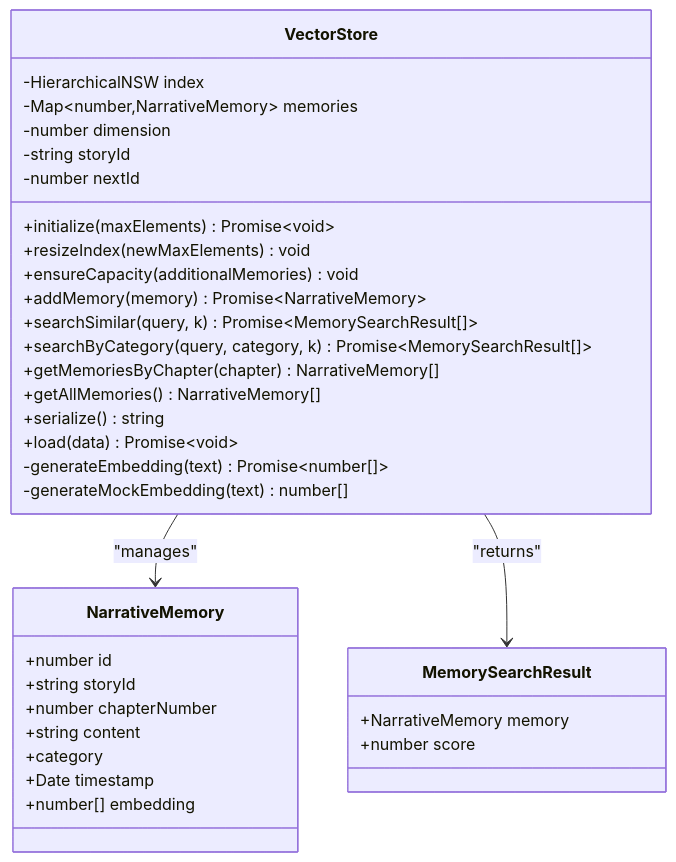
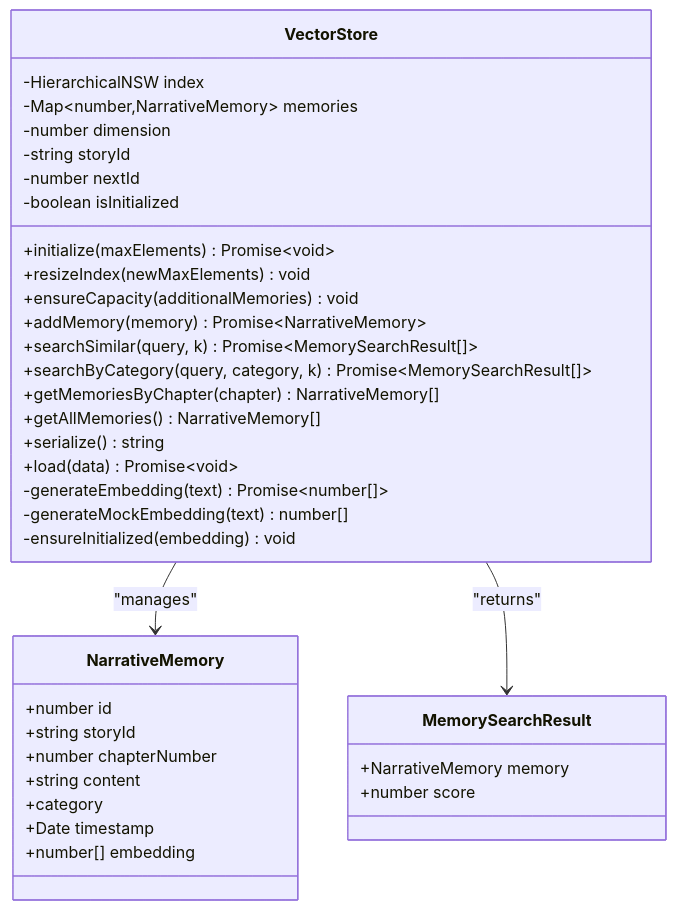
Before and after one commit to liwonder/NARRITIVE_OS: the second of 11 diagrams in .qoder/repowiki/en/content/Memory Management System/Vector Memory System.md, drawn with Mermaid. The commit also changed other lines of this file and 14 other files, not shown here.

````diff
--- a/.qoder/repowiki/en/content/Memory Management System/Vector Memory System.md
+++ b/.qoder/repowiki/en/content/Memory Management System/Vector Memory System.md
@@ -112,37 +114,39 @@
 ```mermaid
 classDiagram
 class VectorStore {
 -HierarchicalNSW index
 -Map~number,NarrativeMemory~ memories
 -number dimension
 -string storyId
 -number nextId
+-boolean isInitialized
 +initialize(maxElements) Promise~void~
 +resizeIndex(newMaxElements) void
 +ensureCapacity(additionalMemories) void
 +addMemory(memory) Promise~NarrativeMemory~
 +searchSimilar(query, k) Promise~MemorySearchResult[]~
 +searchByCategory(query, category, k) Promise~MemorySearchResult[]~
 +getMemoriesByChapter(chapter) NarrativeMemory[]
 +getAllMemories() NarrativeMemory[]
 +serialize() string
 +load(data) Promise~void~
 -generateEmbedding(text) Promise~number[]~
 -generateMockEmbedding(text) number[]
+-ensureInitialized(embedding) void
 }
 class NarrativeMemory {
 +number id
 +string storyId
 +number chapterNumber
 +string content
 +category
 +Date timestamp
 +number[] embedding
 }
 class MemorySearchResult {
 +NarrativeMemory memory
 +number score
 }
 VectorStore --> NarrativeMemory : "manages"
 VectorStore --> MemorySearchResult : "returns"
 ```
````
